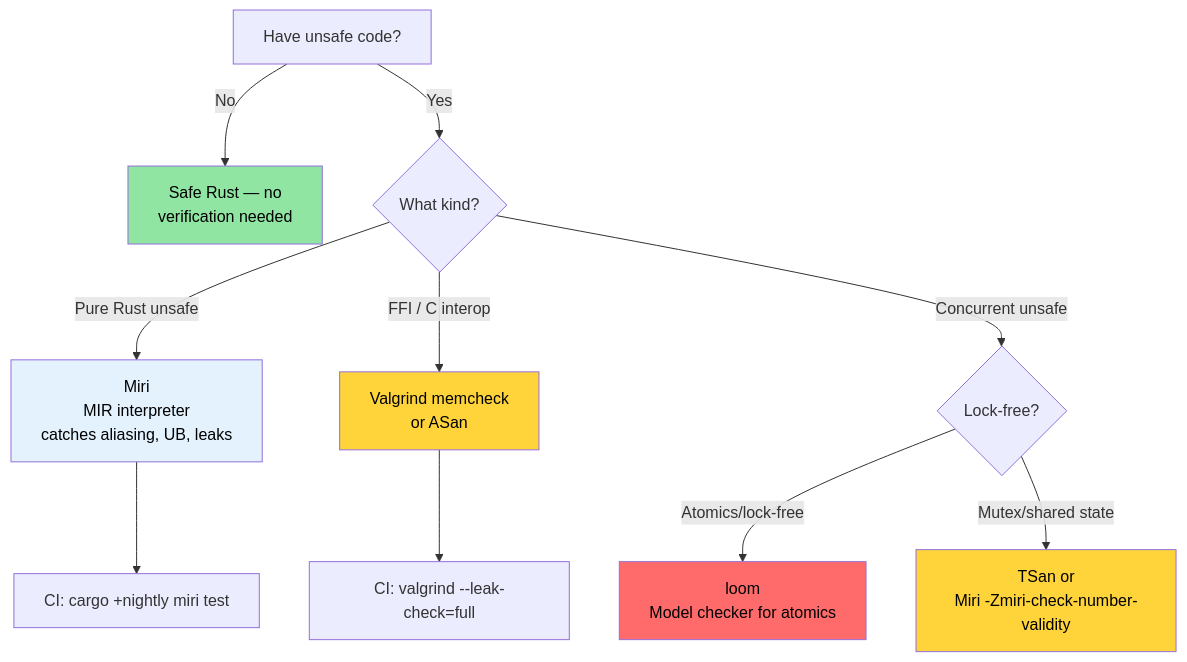
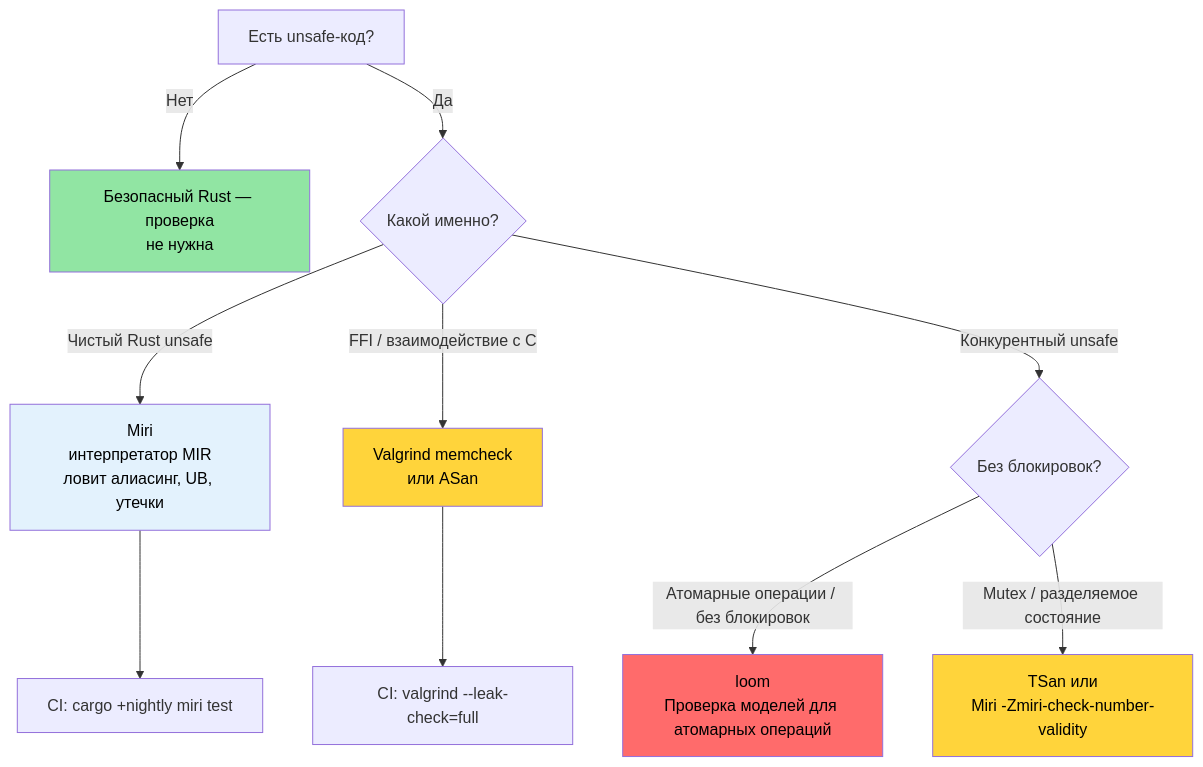
The diagram in engineering-book/src/ch05-miri-valgrind-and-sanitizers-verifying-u.md (r007/RustTraining-Rus), drawn with Mermaid before and after one commit. The commit also changed other lines of this file and 3 other files, not shown here.

````diff
--- a/engineering-book/src/ch05-miri-valgrind-and-sanitizers-verifying-u.md
+++ b/engineering-book/src/ch05-miri-valgrind-and-sanitizers-verifying-u.md
@@ -576,21 +577,21 @@
 ```mermaid
 flowchart TD
-    START["Have unsafe code?"] -->|No| SAFE["Safe Rust — no<br/>verification needed"]
-    START -->|Yes| KIND{"What kind?"}
-    
-    KIND -->|"Pure Rust unsafe"| MIRI["Miri<br/>MIR interpreter<br/>catches aliasing, UB, leaks"]
-    KIND -->|"FFI / C interop"| VALGRIND["Valgrind memcheck<br/>or ASan"]
-    KIND -->|"Concurrent unsafe"| CONC{"Lock-free?"}
-    
-    CONC -->|"Atomics/lock-free"| LOOM["loom<br/>Model checker for atomics"]
-    CONC -->|"Mutex/shared state"| TSAN["TSan or<br/>Miri -Zmiri-check-number-validity"]
-    
+    START["Есть unsafe-код?"] -->|Нет| SAFE["Безопасный Rust — проверка<br/>не нужна"]
+    START -->|Да| KIND{"Какой именно?"}
+
+    KIND -->|"Чистый Rust unsafe"| MIRI["Miri<br/>интерпретатор MIR<br/>ловит алиасинг, UB, утечки"]
+    KIND -->|"FFI / взаимодействие с C"| VALGRIND["Valgrind memcheck<br/>или ASan"]
+    KIND -->|"Конкурентный unsafe"| CONC{"Без блокировок?"}
+
+    CONC -->|"Атомарные операции / без блокировок"| LOOM["loom<br/>Проверка моделей для атомарных операций"]
+    CONC -->|"Mutex / разделяемое состояние"| TSAN["TSan или<br/>Miri -Zmiri-check-number-validity"]
+
     MIRI --> CI_MIRI["CI: cargo +nightly miri test"]
     VALGRIND --> CI_VALGRIND["CI: valgrind --leak-check=full"]
-    
+
     style SAFE fill:#91e5a3,color:#000
     style MIRI fill:#e3f2fd,color:#000
     style VALGRIND fill:#ffd43b,color:#000
     style LOOM fill:#ff6b6b,color:#000
     style TSAN fill:#ffd43b,color:#000
 ```
````
